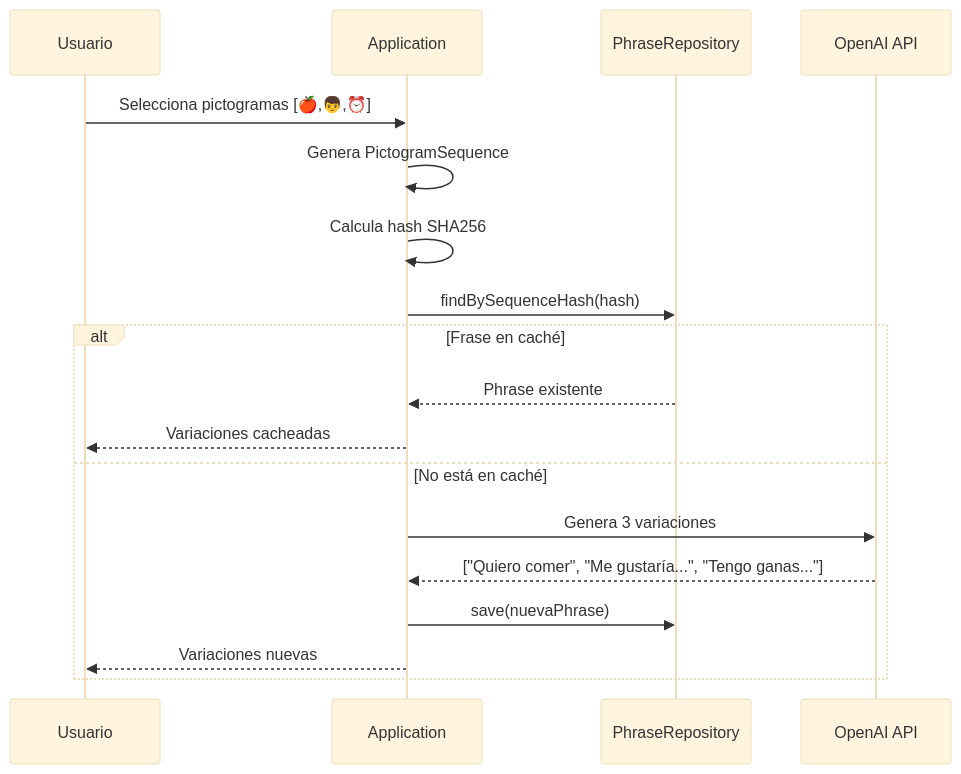
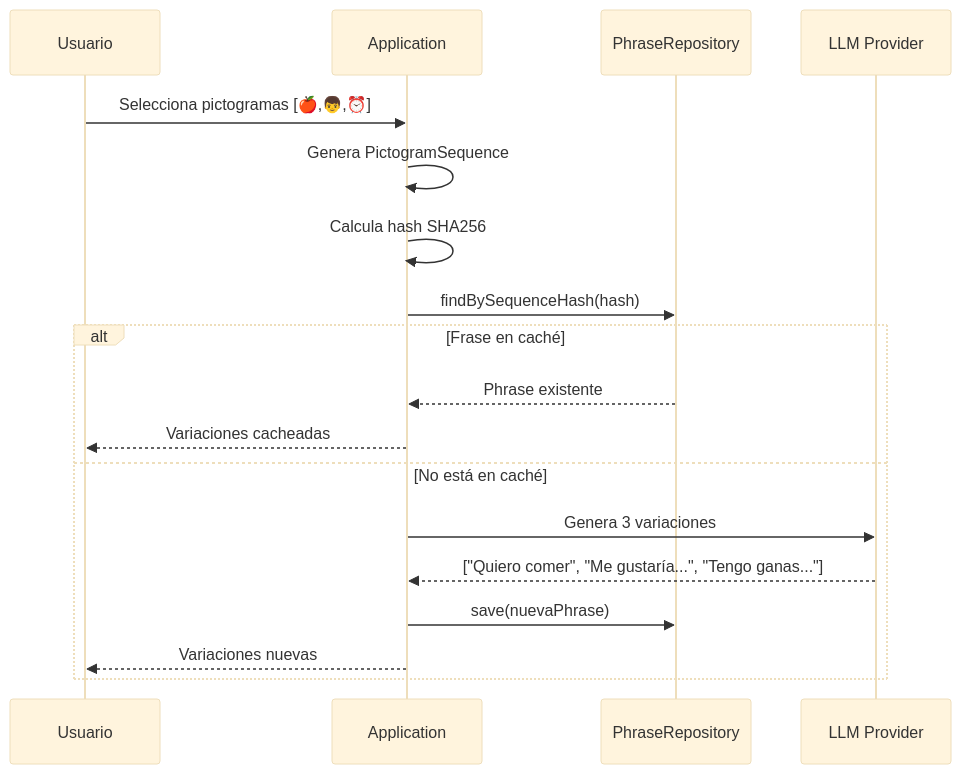
One commit to luismiglezmohino/HablaIA changed the fourth of 4 diagrams in docs/diagrams/domain-layer.md. Above: the diagram before and after it, drawn with Mermaid (base theme). The commit also changed other lines of this file and 2 other files, not shown here.

First line of the commit message:
feat(domain): add PictogramProviderInterface and update docs

````diff
--- a/docs/diagrams/domain-layer.md
+++ b/docs/diagrams/domain-layer.md
@@ -177,22 +188,22 @@
 ```mermaid
 sequenceDiagram
     participant U as Usuario
     participant App as Application
     participant PR as PhraseRepository
-    participant OpenAI as OpenAI API
+    participant LLM as LLM Provider
 
     U->>App: Selecciona pictogramas [🍎,👦,⏰]
     App->>App: Genera PictogramSequence
     App->>App: Calcula hash SHA256
     App->>PR: findBySequenceHash(hash)
 
     alt Frase en caché
         PR-->>App: Phrase existente
         App-->>U: Variaciones cacheadas
     else No está en caché
-        App->>OpenAI: Genera 3 variaciones
-        OpenAI-->>App: ["Quiero comer", "Me gustaría...", "Tengo ganas..."]
+        App->>LLM: Genera 3 variaciones
+        LLM-->>App: ["Quiero comer", "Me gustaría...", "Tengo ganas..."]
         App->>PR: save(nuevaPhrase)
         App-->>U: Variaciones nuevas
     end
 ```
````
